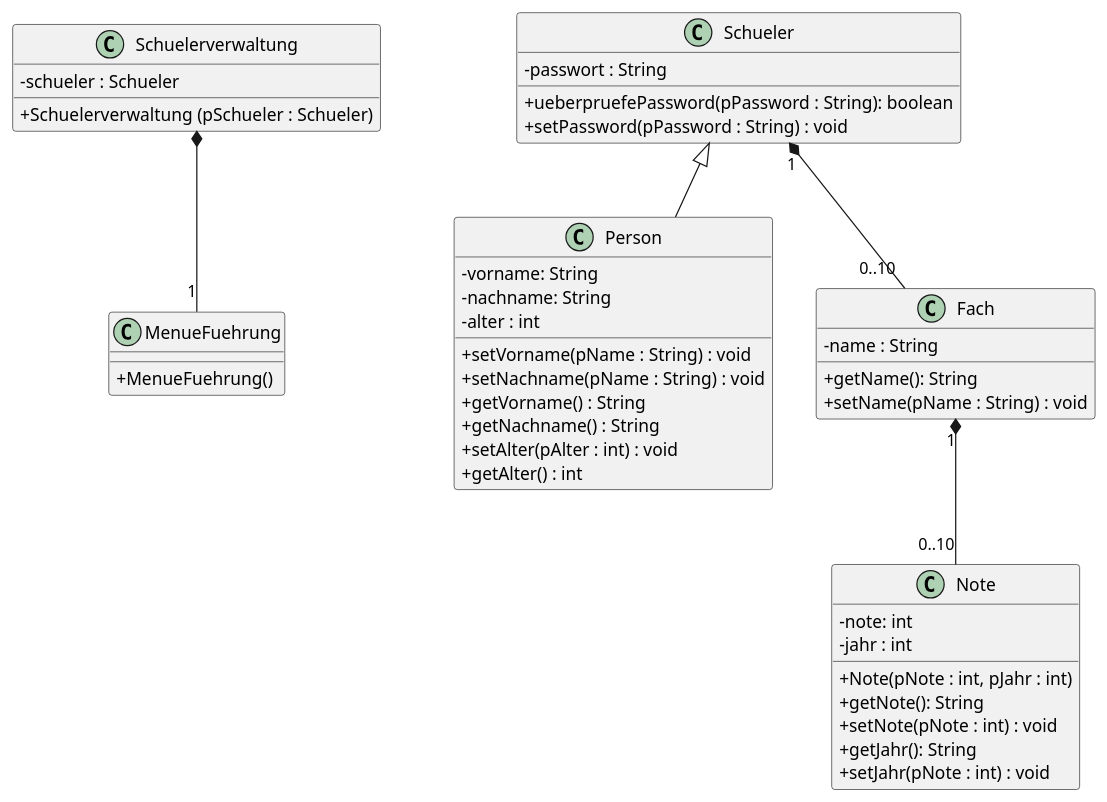
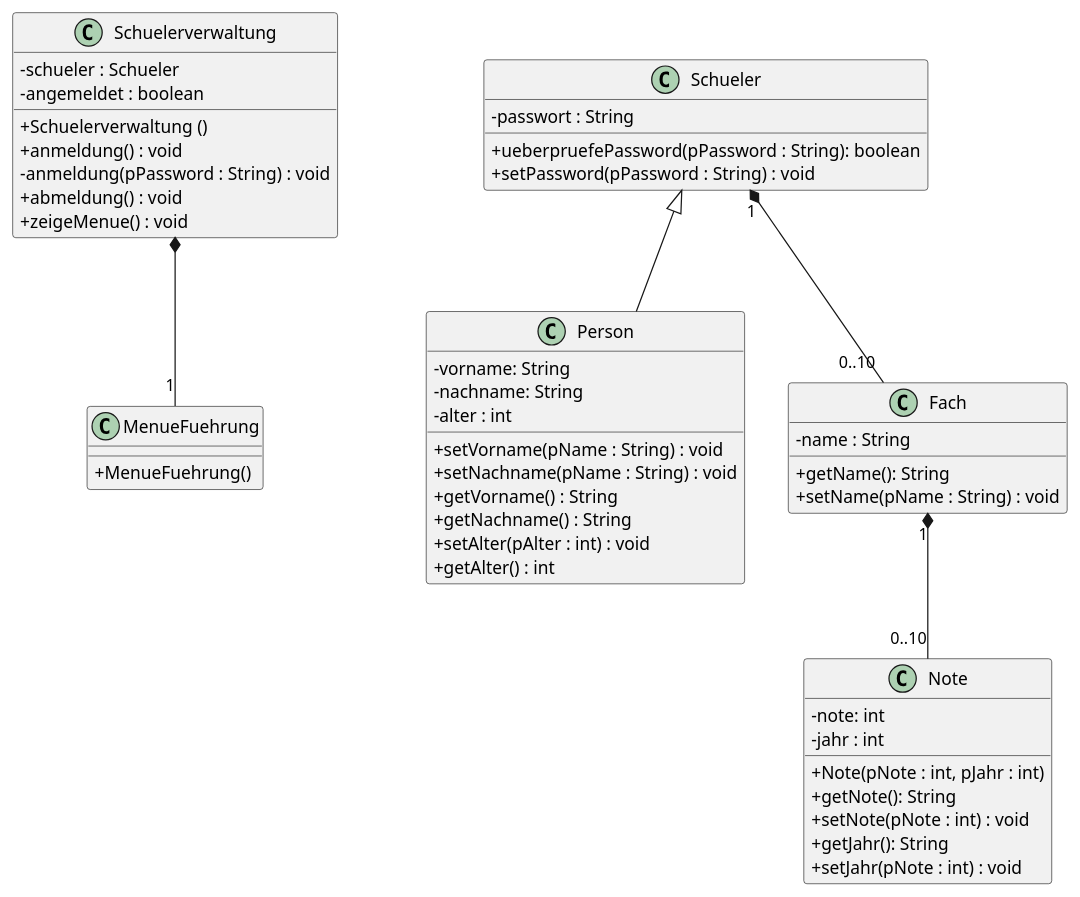
Before and after one commit to teach404W/agileProjekt_2_Java: the diagram in Docs/Digramme/Klassendiagramm.iuml, drawn with PlantUML. The commit also changed 2 other files, not shown here.

```diff
--- a/Docs/Digramme/Klassendiagramm.iuml
+++ b/Docs/Digramme/Klassendiagramm.iuml
@@ -1,61 +1,65 @@
 @startuml
 skinparam classAttributeIconSize 0
 
 class Schuelerverwaltung{
  -schueler : Schueler
-
- + Schuelerverwaltung (pSchueler : Schueler)
+ -angemeldet : boolean
+ + Schuelerverwaltung ()
+ + anmeldung() : void
+ - anmeldung(pPassword : String) : void
+ + abmeldung() : void
+ + zeigeMenue() : void
 }
 
 
 
 class MenueFuehrung{
  +MenueFuehrung()
 }
 
 class Person{
  -vorname: String
  -nachname: String
  -alter : int
  +setVorname(pName : String) : void
  +setNachname(pName : String) : void
  +getVorname() : String
  +getNachname() : String
  +setAlter(pAlter : int) : void
  +getAlter() : int
 }
 
 
 
 class Fach{
  -name : String
  +getName(): String
  +setName(pName : String) : void
 }
 
 class Note{
  -note: int
  -jahr : int
  +Note(pNote : int, pJahr : int)
  +getNote(): String
  +setNote(pNote : int) : void
  +getJahr(): String
  +setJahr(pNote : int) : void
 }
 
 
 
 
 class Schueler{
   -passwort : String
   +ueberpruefePassword(pPassword : String): boolean
   +setPassword(pPassword : String) : void
 }
 
 
 Fach "1" *-- "0..10" Note
 Schuelerverwaltung  *-- "1" MenueFuehrung
 Schueler "1" *-- "0..10" Fach
 Schueler <|-- Person
 
 @enduml
```
